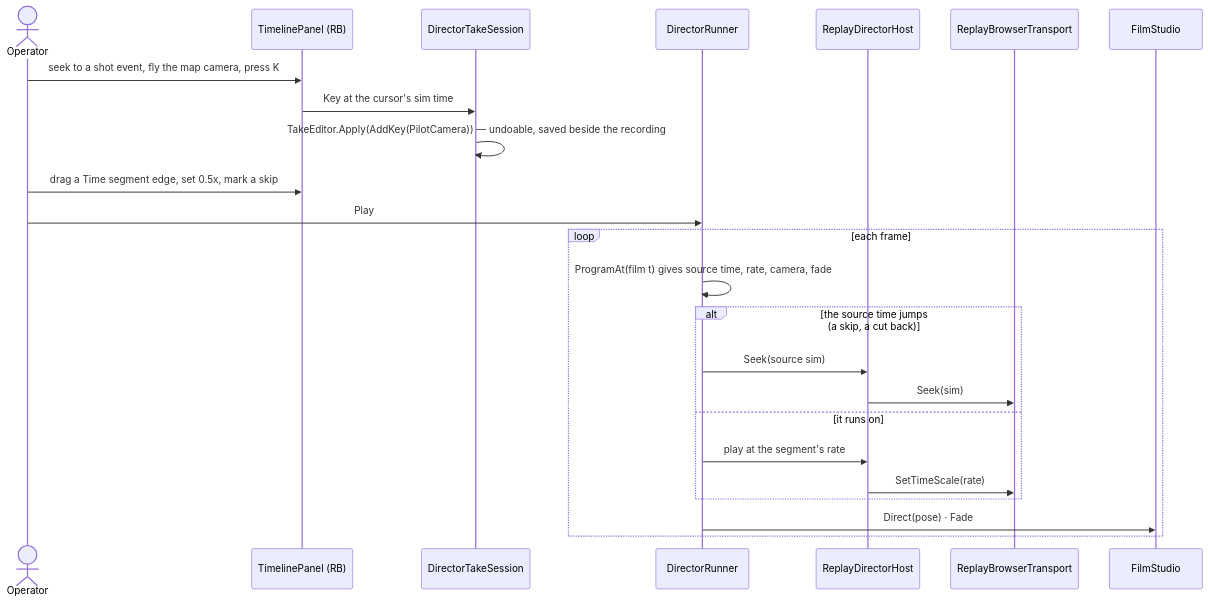
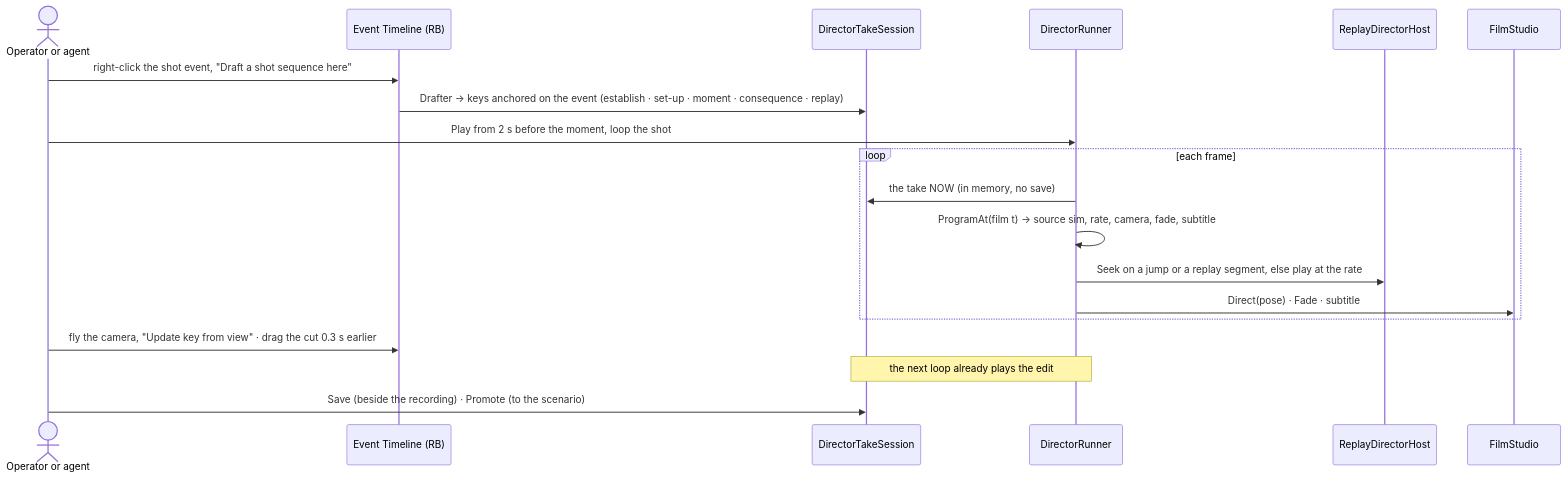
One commit to pjanec/HROT changed diagram 27 of 27 in docs/DESIGN_Director_Timeline_Editor.md. Above: the diagram before and after it, drawn with Mermaid. The commit also changed other lines of this file, not shown here.

First line of the commit message:
Director Timeline §11 rewritten from the user's need: films from recordings — record, index, draft, look/adjust in the Replay Browser, save, render, promote; overnight documentation from checks.json; CR-1..CR-12, phases P0-P6 (for approval)

````diff
--- a/docs/DESIGN_Director_Timeline_Editor.md
+++ b/docs/DESIGN_Director_Timeline_Editor.md
@@ -1390,26 +1445,21 @@
 ```mermaid
 sequenceDiagram
-  actor U as Operator
-  participant P as TimelinePanel (RB)
+  actor U as Operator or agent
+  participant P as Event Timeline (RB)
   participant S as DirectorTakeSession
   participant R as DirectorRunner
   participant H as ReplayDirectorHost
-  participant T as ReplayBrowserTransport
   participant F as FilmStudio
-  U->>P: seek to a shot event, fly the map camera, press K
-  P->>S: Key at the cursor's sim time
-  S->>S: TakeEditor.Apply(AddKey(PilotCamera)) — undoable, saved beside the recording
-  U->>P: drag a Time segment edge, set 0.5x, mark a skip
-  U->>R: Play
+  U->>P: right-click the shot event, "Draft a shot sequence here"
+  P->>S: Drafter → keys anchored on the event (establish · set-up · moment · consequence · replay)
+  U->>R: Play from 2 s before the moment, loop the shot
   loop each frame
-    R->>R: ProgramAt(film t) gives source time, rate, camera, fade
-    alt the source time jumps (a skip, a cut back)
-      R->>H: Seek(source sim)
-      H->>T: Seek(sim)
-    else it runs on
-      R->>H: play at the segment's rate
-      H->>T: SetTimeScale(rate)
-    end
-    R->>F: Direct(pose) · Fade
+    R->>S: the take NOW (in memory, no save)
+    R->>R: ProgramAt(film t) → source sim, rate, camera, fade, subtitle
+    R->>H: Seek on a jump or a replay segment, else play at the rate
+    R->>F: Direct(pose) · Fade · subtitle
   end
+  U->>P: fly the camera, "Update key from view" · drag the cut 0.3 s earlier
+  Note over R,S: the next loop already plays the edit
+  U->>S: Save (beside the recording) · Promote (to the scenario)
 ```
````
